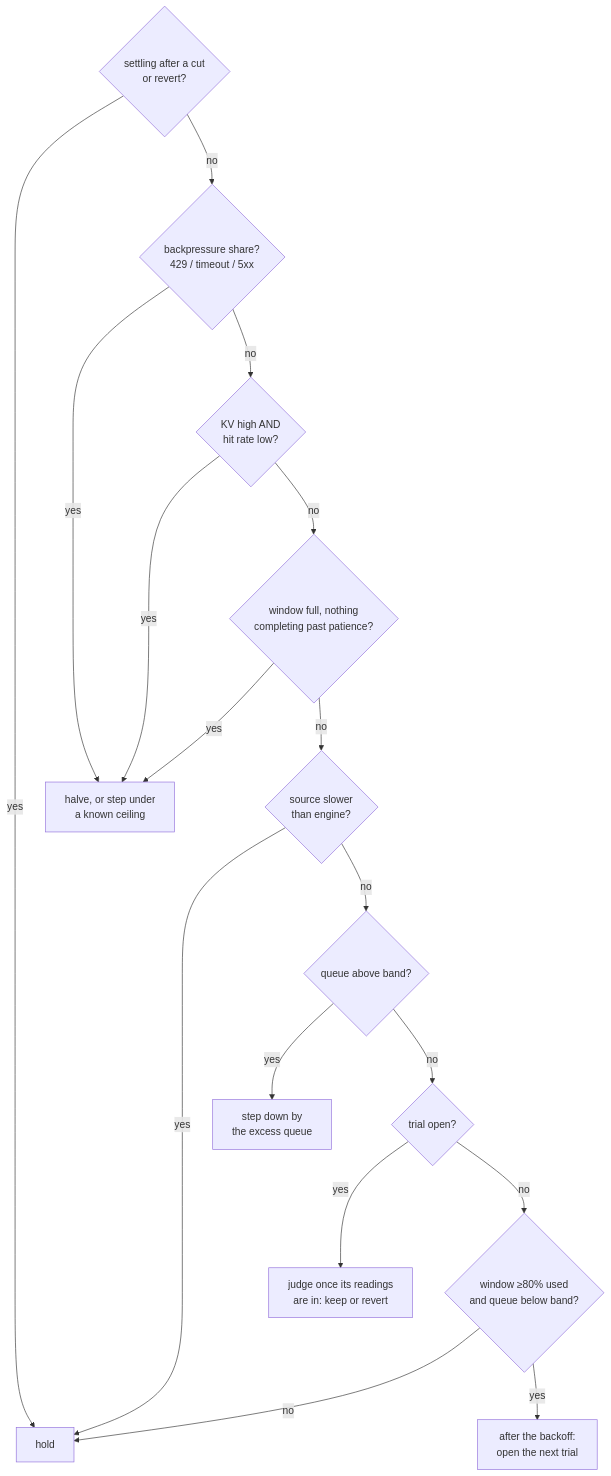
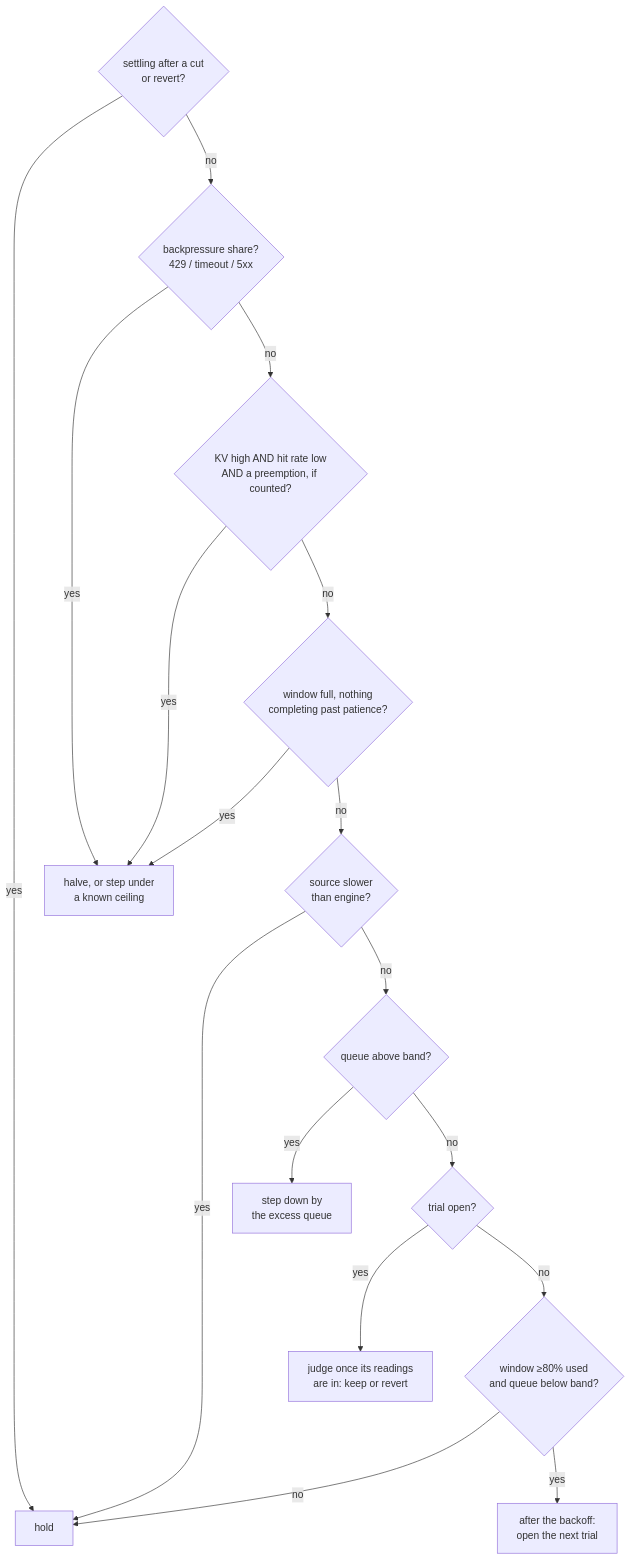
One commit to davanstrien/saturate changed the second of 2 diagrams in docs/design.md. Above: the diagram before and after it, drawn with Mermaid. The commit also changed other lines of this file and 6 other files, not shown here.

````diff
--- a/docs/design.md
+++ b/docs/design.md
@@ -108,19 +108,19 @@
 ```mermaid
 flowchart TD
     CD{settling after a cut\nor revert?} -- yes --> HOLD[hold]
     CD -- no --> BP{backpressure share?\n429 / timeout / 5xx}
     BP -- yes --> CUT[halve, or step under\na known ceiling]
-    BP -- no --> KV{KV high AND\nhit rate low?}
+    BP -- no --> KV{KV high AND hit rate low\nAND a preemption, if counted?}
     KV -- yes --> CUT
     KV -- no --> ST{window full, nothing\ncompleting past patience?}
     ST -- yes --> CUT
     ST -- no --> IB{source slower\nthan engine?}
     IB -- yes --> HOLD
     IB -- no --> HI{queue above band?}
     HI -- yes --> DOWN[step down by\nthe excess queue]
     HI -- no --> TR{trial open?}
     TR -- yes --> J[judge once its readings\nare in: keep or revert]
     TR -- no --> U{window ≥80% used\nand queue below band?}
     U -- no --> HOLD
     U -- yes --> S[after the backoff:\nopen the next trial]
 ```
````
